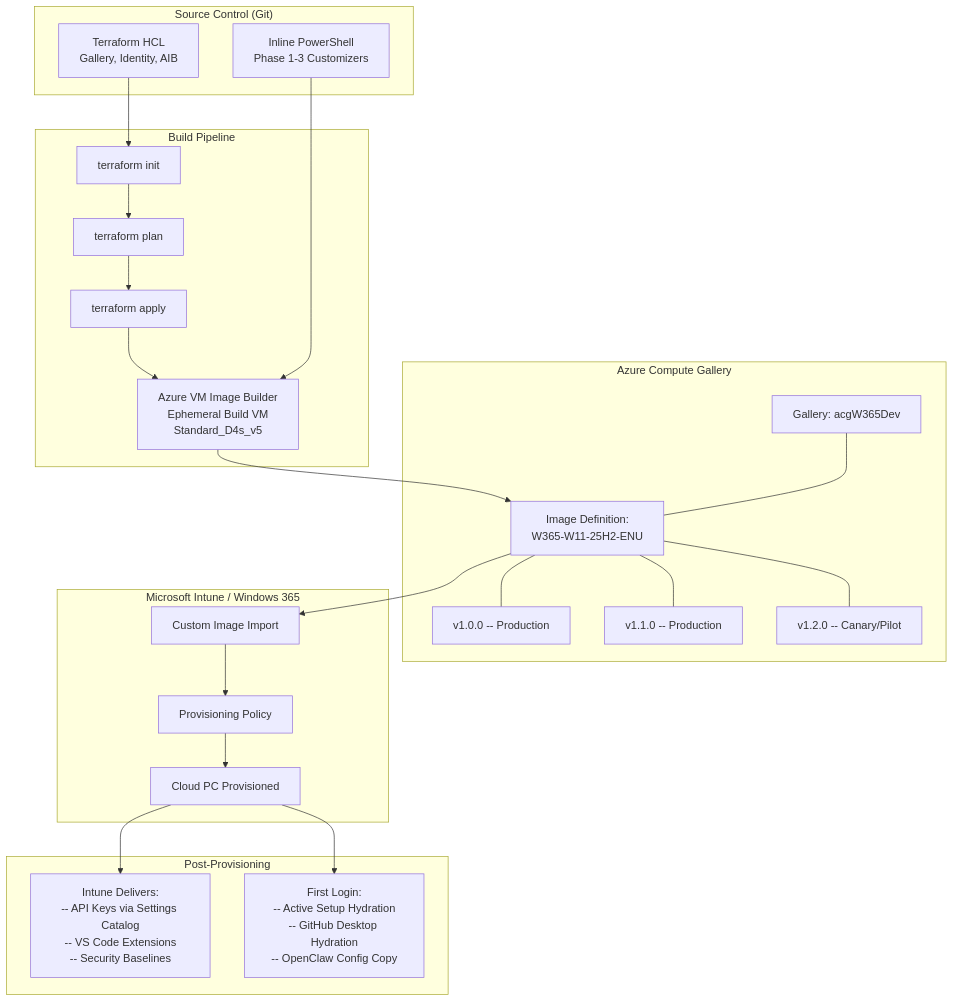
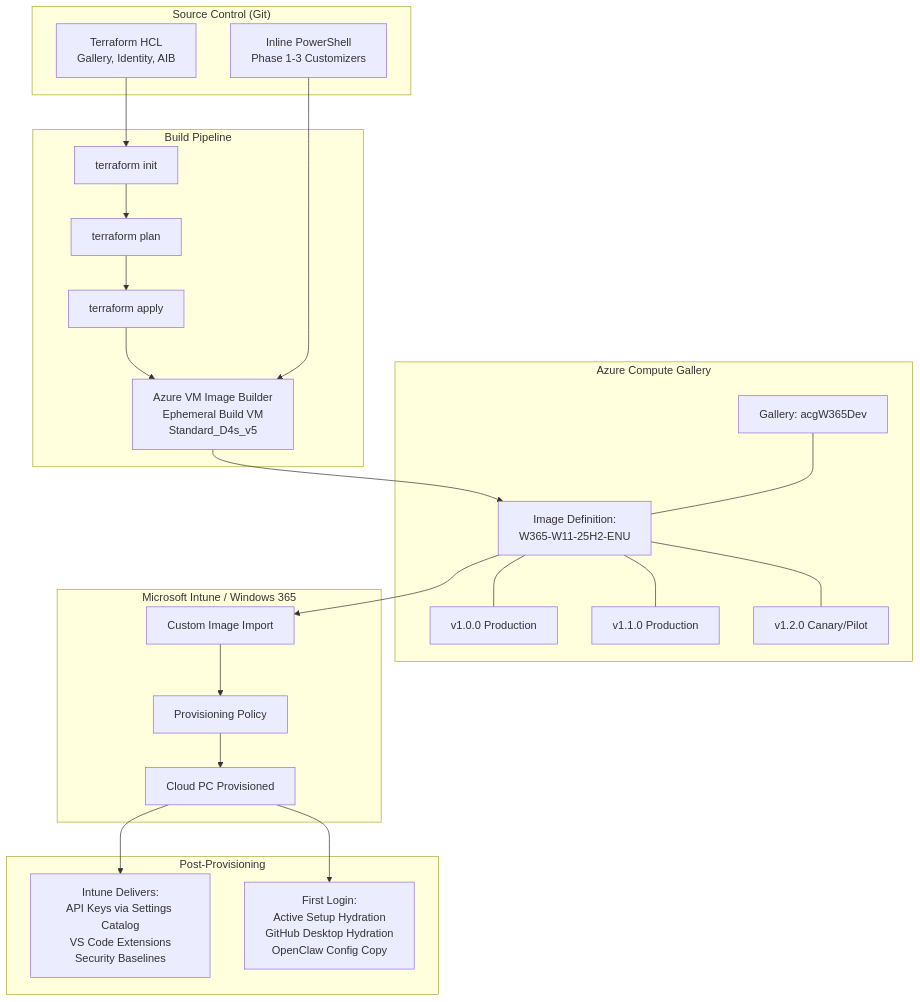
The diagram in chapters/ch02-architecture-overview.md (kkaminsk/W365ClawBook), drawn with Mermaid before and after one commit. The commit also changed other lines of this file and 40 other files, not shown here.

````diff
--- a/chapters/ch02-architecture-overview.md
+++ b/chapters/ch02-architecture-overview.md
@@ -9,42 +9,42 @@
 ```mermaid
 graph TB
     subgraph "Source Control (Git)"
         TF[Terraform HCL<br/>Gallery, Identity, AIB]
         PS[Inline PowerShell<br/>Phase 1-3 Customizers]
     end
 
     subgraph "Build Pipeline"
         INIT[terraform init]
         PLAN[terraform plan]
         APPLY[terraform apply]
         AIB[Azure VM Image Builder<br/>Ephemeral Build VM<br/>Standard_D4s_v5]
     end
 
     subgraph "Azure Compute Gallery"
         GAL[Gallery: acgW365Dev]
         DEF[Image Definition:<br/>W365-W11-25H2-ENU]
-        V1[v1.0.0 -- Production]
-        V2[v1.1.0 -- Production]
-        V3[v1.2.0 -- Canary/Pilot]
+        V1[v1.0.0 Production]
+        V2[v1.1.0 Production]
+        V3[v1.2.0 Canary/Pilot]
     end
 
     subgraph "Microsoft Intune / Windows 365"
         IMPORT[Custom Image Import]
         POLICY[Provisioning Policy]
         CPC[Cloud PC Provisioned]
     end
 
     subgraph "Post-Provisioning"
-        INTUNE[Intune Delivers:<br/>-- API Keys via Settings Catalog<br/>-- VS Code Extensions<br/>-- Security Baselines]
-        LOGIN[First Login:<br/>-- Active Setup Hydration<br/>-- GitHub Desktop Hydration<br/>-- OpenClaw Config Copy]
+        INTUNE[Intune Delivers:<br/>API Keys via Settings Catalog<br/>VS Code Extensions<br/>Security Baselines]
+        LOGIN[First Login:<br/>Active Setup Hydration<br/>GitHub Desktop Hydration<br/>OpenClaw Config Copy]
     end
 
     TF --> INIT --> PLAN --> APPLY --> AIB
     PS --> AIB
     AIB --> DEF
     GAL --- DEF
     DEF --- V1 & V2 & V3
     DEF --> IMPORT --> POLICY --> CPC
     CPC --> INTUNE
     CPC --> LOGIN
 ```
````
